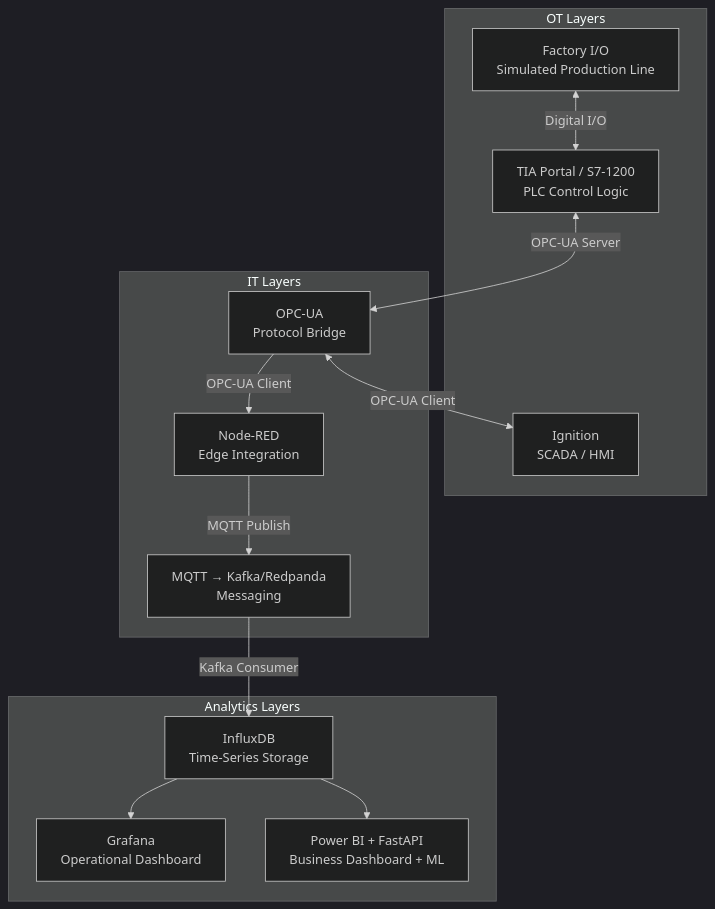
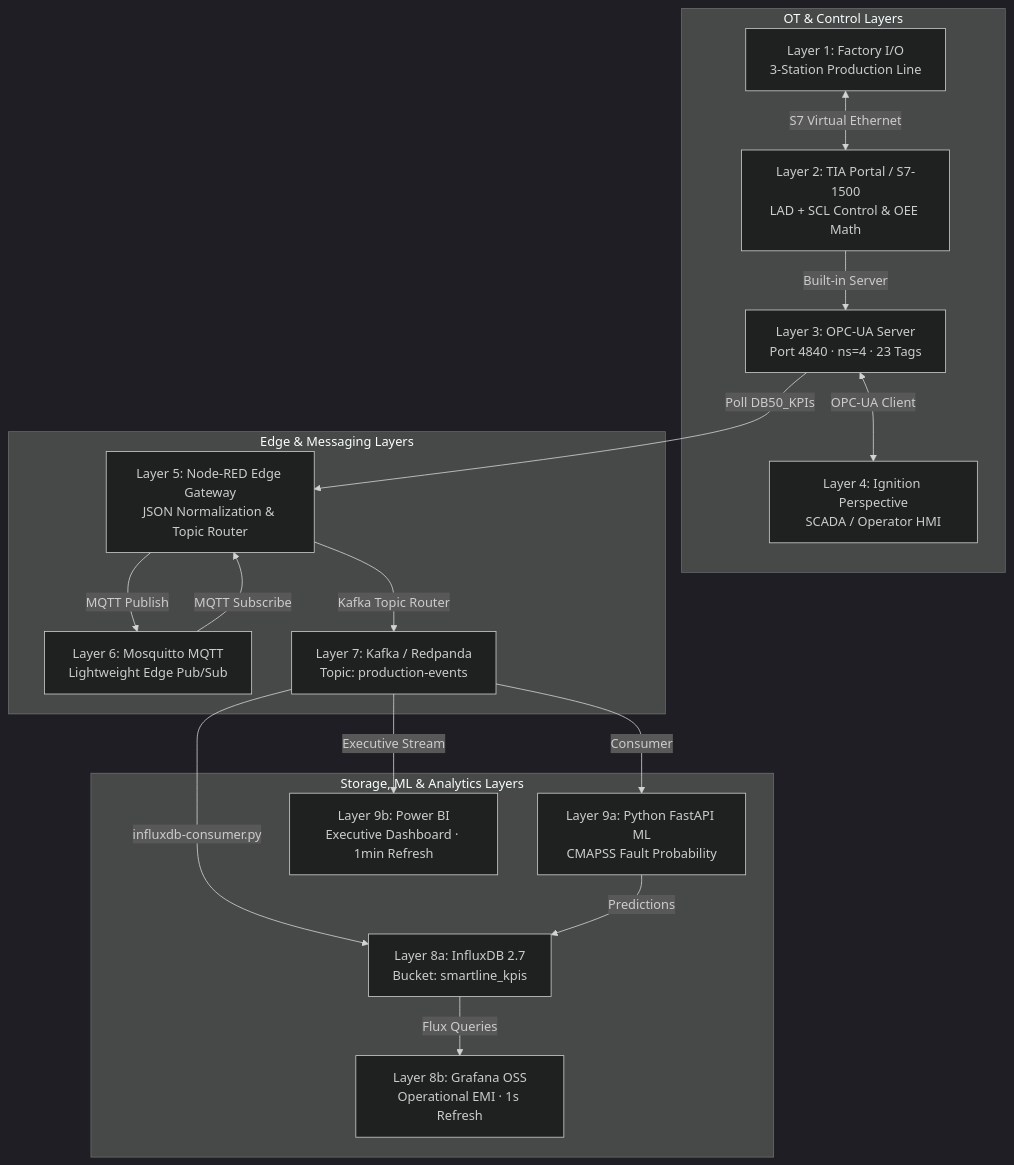
Before and after one commit to younessTebbaq/SmartLine-360: the diagram in README.md, drawn with Mermaid (dark theme). The commit also changed other lines of this file and 9 other files, not shown here.

Commit message:
docs: align full repository documentation with S7-1500, FC50_KPIs, and Kafka pipeline

````diff
--- a/README.md
+++ b/README.md
@@ -62,29 +62,35 @@
 ```mermaid
 flowchart TD
-    subgraph OT["OT Layers"]
-        A[Factory I/O<br/>Simulated Production Line]
-        B[TIA Portal / S7-1200<br/>PLC Control Logic]
-        C[Ignition<br/>SCADA / HMI]
+    subgraph OT["OT & Control Layers"]
+        A[Layer 1: Factory I/O<br/>3-Station Production Line]
+        B[Layer 2: TIA Portal / S7-1500<br/>LAD + SCL Control & OEE Math]
+        D[Layer 3: OPC-UA Server<br/>Port 4840 · ns=4 · 23 Tags]
+        C[Layer 4: Ignition Perspective<br/>SCADA / Operator HMI]
     end
 
-    subgraph IT["IT Layers"]
-        D[OPC-UA<br/>Protocol Bridge]
-        E[Node-RED<br/>Edge Integration]
-        F[MQTT → Kafka/Redpanda<br/>Messaging]
+    subgraph Edge["Edge & Messaging Layers"]
+        E[Layer 5: Node-RED Edge Gateway<br/>JSON Normalization & Topic Router]
+        F[Layer 6: Mosquitto MQTT<br/>Lightweight Edge Pub/Sub]
+        K[Layer 7: Kafka / Redpanda<br/>Topic: production-events]
     end
 
-    subgraph Analytics["Analytics Layers"]
-        G[InfluxDB<br/>Time-Series Storage]
-        H[Grafana<br/>Operational Dashboard]
-        I[Power BI + FastAPI<br/>Business Dashboard + ML]
+    subgraph Analytics["Storage, ML & Analytics Layers"]
+        G[Layer 8a: InfluxDB 2.7<br/>Bucket: smartline_kpis]
+        H[Layer 8b: Grafana OSS<br/>Operational EMI · 1s Refresh]
+        M[Layer 9a: Python FastAPI ML<br/>CMAPSS Fault Probability]
+        I[Layer 9b: Power BI<br/>Executive Dashboard · 1min Refresh]
     end
 
-    A <-->|Digital I/O| B
-    B <-->|OPC-UA Server| D
+    A <-->|S7 Virtual Ethernet| B
+    B -->|Built-in Server| D
     D <-->|OPC-UA Client| C
-    D -->|OPC-UA Client| E
+    D -->|Poll DB50_KPIs| E
     E -->|MQTT Publish| F
-    F -->|Kafka Consumer| G
-    G --> H
-    G --> I
+    F -->|MQTT Subscribe| E
+    E -->|Kafka Topic Router| K
+    K -->|influxdb-consumer.py| G
+    K -->|Consumer| M
+    K -->|Executive Stream| I
+    G -->|Flux Queries| H
+    M -->|Predictions| G
 ```
````
